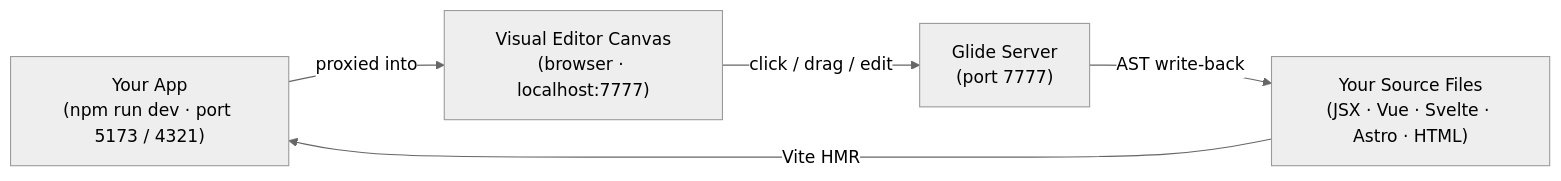
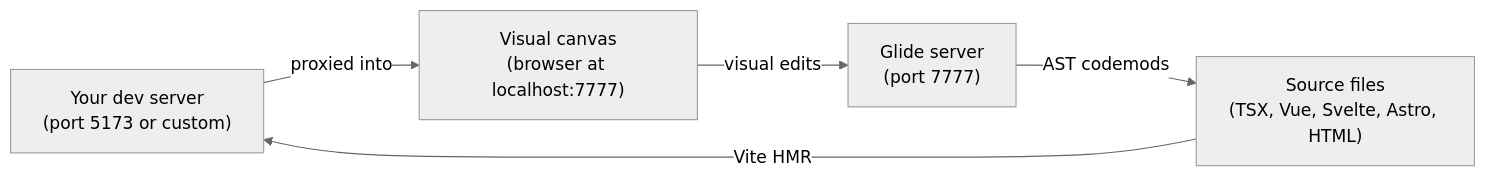
The diagram in README.md (SrivarsanK/Glide), drawn with Mermaid (neutral theme) before and after one commit. The commit also changed other lines of this file, not shown here.

Commit message:
docs: humanize README prose and streamline visual workflow explanations

````diff
--- a/README.md
+++ b/README.md
@@ -32,12 +33,12 @@
 ```mermaid
 flowchart LR
-    App["Your App\n(npm run dev · port 5173 / 4321)"]
-    Server["Glide Server\n(port 7777)"]
-    Canvas["Visual Editor Canvas\n(browser · localhost:7777)"]
-    Files["Your Source Files\n(JSX · Vue · Svelte · Astro · HTML)"]
+    App["Your dev server\n(port 5173 or custom)"]
+    Server["Glide server\n(port 7777)"]
+    Canvas["Visual canvas\n(browser at localhost:7777)"]
+    Files["Source files\n(TSX, Vue, Svelte, Astro, HTML)"]
 
     App -->|"proxied into"| Canvas
-    Canvas -->|"click / drag / edit"| Server
-    Server -->|"AST write-back"| Files
+    Canvas -->|"visual edits"| Server
+    Server -->|"AST codemods"| Files
     Files -->|"Vite HMR"| App
 ```
````
